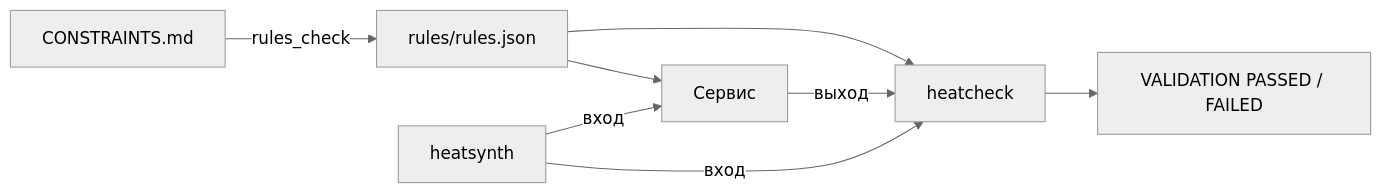
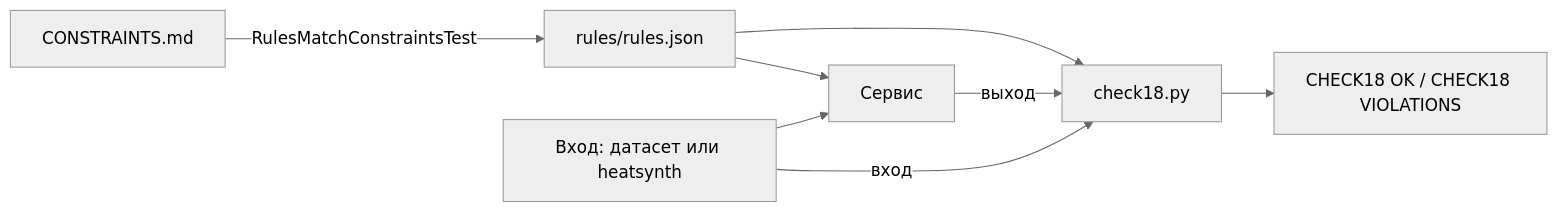
Before and after one commit to NewaccOOO/LCT: the sixth of 6 diagrams in architecture/ARCHITECTURE.md, drawn with Mermaid (neutral theme). The commit also changed other lines of this file and 9 other files, not shown here.

````diff
--- a/architecture/ARCHITECTURE.md
+++ b/architecture/ARCHITECTURE.md
@@ -331,10 +331,10 @@
 ```mermaid
 flowchart LR
-    constraints[CONSTRAINTS.md] -->|rules_check| rulesjson[rules/rules.json]
+    constraints[CONSTRAINTS.md] -->|RulesMatchConstraintsTest| rulesjson[rules/rules.json]
     rulesjson --> service[Сервис]
-    rulesjson --> heatcheck[heatcheck]
-    heatsynth[heatsynth] -->|вход| service
-    service -->|выход| heatcheck
-    heatsynth -->|вход| heatcheck
-    heatcheck --> verdict[VALIDATION PASSED / FAILED]
+    rulesjson --> check18[check18.py]
+    input[Вход: датасет или heatsynth] --> service
+    service -->|выход| check18
+    input -->|вход| check18
+    check18 --> verdict[CHECK18 OK / CHECK18 VIOLATIONS]
 ```
````
